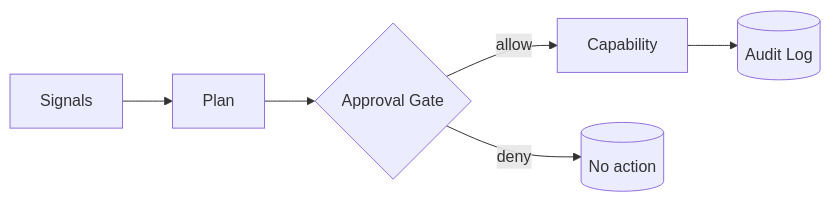
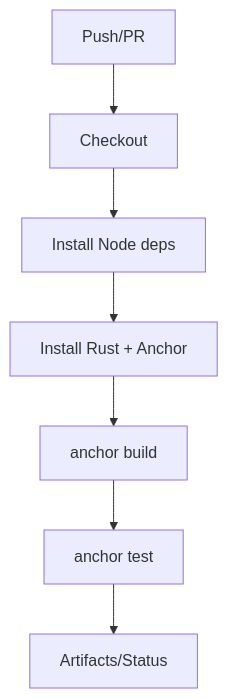
The fifth of 5 diagrams in README.md (AceAIlov/Mollyslab), drawn with Mermaid before and after one commit. The commit also changed other lines of this file, not shown here.

````diff
--- a/README.md
+++ b/README.md
@@ -142,8 +173,9 @@
 ```mermaid
-flowchart LR
-  A[Signals] --> B[Plan]
-  B --> C{Approval Gate}
-  C -- allow --> D[Capability]
-  C -- deny  --> E[(No action)]
-  D --> F[(Audit Log)]
+flowchart TD
+  C[Push/PR] --> A[Checkout]
+  A --> N[Install Node deps]
+  N --> RA[Install Rust + Anchor]
+  RA --> B[anchor build]
+  B --> T[anchor test]
+  T --> G[Artifacts/Status]
 ```
````
